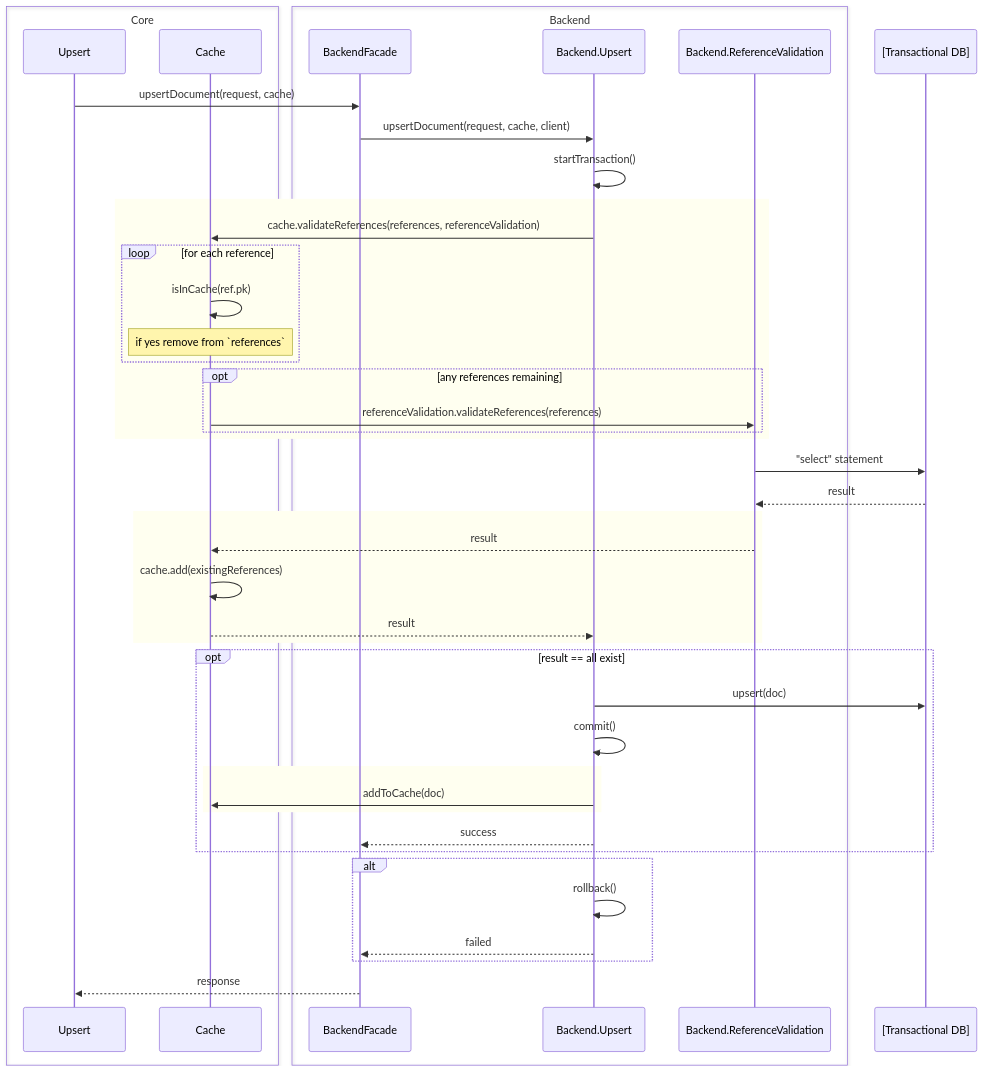
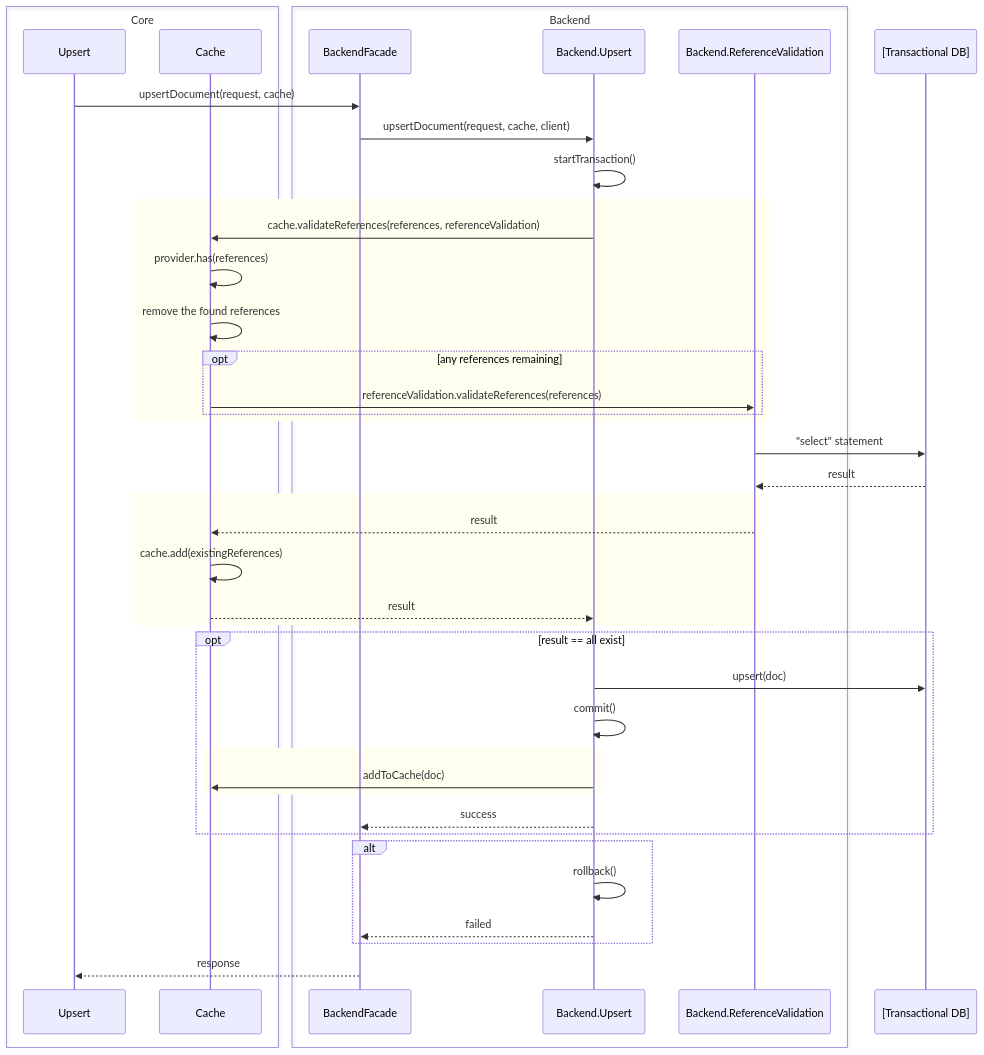
Before and after one commit to Ed-Fi-Exchange-OSS/Meadowlark: the fourth of 4 diagrams in docs/design/caching/README.md, drawn with Mermaid. The commit also changed other lines of this file, not shown here.

````diff
--- a/docs/design/caching/README.md
+++ b/docs/design/caching/README.md
@@ -225,60 +228,58 @@
 ```mermaid
 sequenceDiagram
     box Core
         participant B as Upsert
         participant G as Cache
     end
 
     box Backend
         participant C as BackendFacade
         participant D as Backend.Upsert
         participant F as Backend.ReferenceValidation
     end
 
     participant E as [Transactional DB]
 
     B->>C: upsertDocument(request, cache)
     C->>D: upsertDocument(request, cache, client)
     D->>D: startTransaction()
 
     rect ivory
         D->>G: cache.validateReferences(references, referenceValidation)
 
-        loop for each reference
-            G->>G: isInCache(ref.pk)
-            Note over G: if yes remove from `references`
-        end
+        G->>G: provider.has(references)
+        G->>G: remove the found references
 
         opt any references remaining
             G->>F: referenceValidation.validateReferences(references)
         end
     end
 
     F->>E: "select" statement
     E-->>F: result
 
     rect ivory
         F-->>G: result
 
         G->>G: cache.add(existingReferences)
 
         G-->>D: result
     end
 
     opt result == all exist
       D->>E: upsert(doc)
       D->>D: commit()
 
       rect ivory
         D->>G: addToCache(doc)
       end
 
       D-->>C: success
     end
     alt
       D->>D: rollback()
       D-->>C: failed
     end
 
     C-->>B: response
 ```
````
